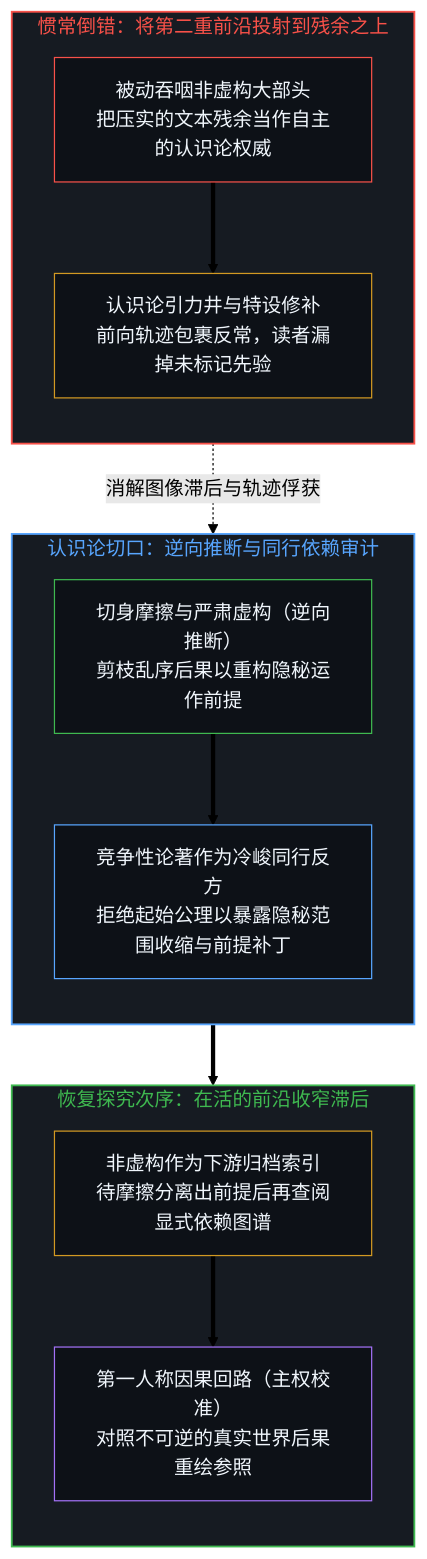
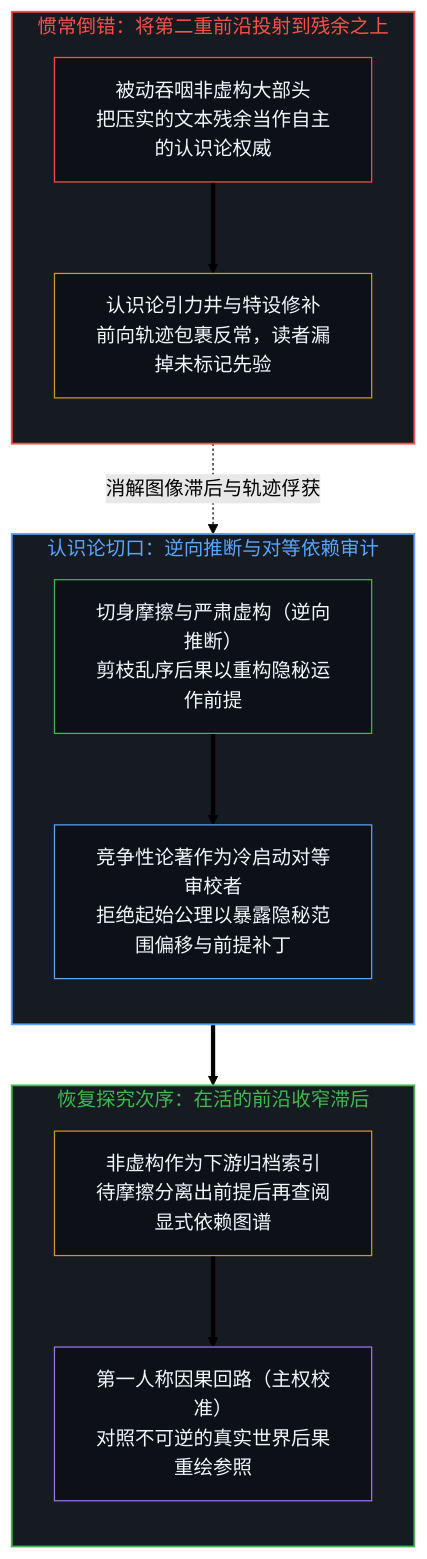
Before and after one commit to powerpig99/not-a-toe: the first of 2 diagrams in content/posts/the-inversion-of-reading-and-the-order-of-inference.md, drawn with Mermaid (forest theme). The commit also changed other lines of this file and 4 other files, not shown here.

````diff
--- a/content/posts/the-inversion-of-reading-and-the-order-of-inference.md
+++ b/content/posts/the-inversion-of-reading-and-the-order-of-inference.md
@@ -53,36 +53,32 @@
 ```mermaid
 flowchart TD
     subgraph S_LAG["惯常倒错：将第二重前沿投射到残余之上"]
         direction TB
         N_REV["被动吞咽非虚构大部头<br/>把压实的文本残余当作自主的认识论权威"]
         N_WELL["认识论引力井与特设修补<br/>前向轨迹包裹反常，读者漏掉未标记先验"]
         N_REV ==> N_WELL
     end
-
-    subgraph S_CUT["认识论切口：逆向推断与同行依赖审计"]
+    subgraph S_CUT["认识论切口：逆向推断与对等依赖审计"]
         direction TB
         N_BACK["切身摩擦与严肃虚构（逆向推断）<br/>剪枝乱序后果以重构隐秘运作前提"]
-        N_COMP["竞争性论著作为冷峻同行反方<br/>拒绝起始公理以暴露隐秘范围收缩与前提补丁"]
+        N_COMP["竞争性论著作为冷启动对等审校者<br/>拒绝起始公理以暴露隐秘范围偏移与前提补丁"]
         N_BACK ==> N_COMP
     end
-
     subgraph S_ORDER["恢复探究次序：在活的前沿收窄滞后"]
         direction TB
         N_INDEX["非虚构作为下游归档索引<br/>待摩擦分离出前提后再查阅显式依赖图谱"]
         N_EDGE["第一人称因果回路（主权校准）<br/>对照不可逆的真实世界后果重绘参照"]
         N_INDEX ==> N_EDGE
     end
-
     N_WELL -. "消解图像滞后与轨迹俘获" .-> N_BACK
     N_COMP ==> N_INDEX
-
     style S_LAG fill:#161b22,stroke:#f85149,stroke-width:1.5px,color:#f85149
     style S_CUT fill:#161b22,stroke:#58a6ff,stroke-width:1.5px,color:#58a6ff
     style S_ORDER fill:#161b22,stroke:#3fb950,stroke-width:1.5px,color:#3fb950
     style N_REV fill:#0d1117,stroke:#f85149,stroke-width:1px,color:#f0f6fc
     style N_WELL fill:#0d1117,stroke:#d29922,stroke-width:1px,color:#f0f6fc
     style N_BACK fill:#0d1117,stroke:#3fb950,stroke-width:1px,color:#f0f6fc
     style N_COMP fill:#0d1117,stroke:#58a6ff,stroke-width:1px,color:#f0f6fc
     style N_INDEX fill:#0d1117,stroke:#d29922,stroke-width:1px,color:#f0f6fc
     style N_EDGE fill:#0d1117,stroke:#a371f7,stroke-width:1px,color:#f0f6fc
 ```
````
